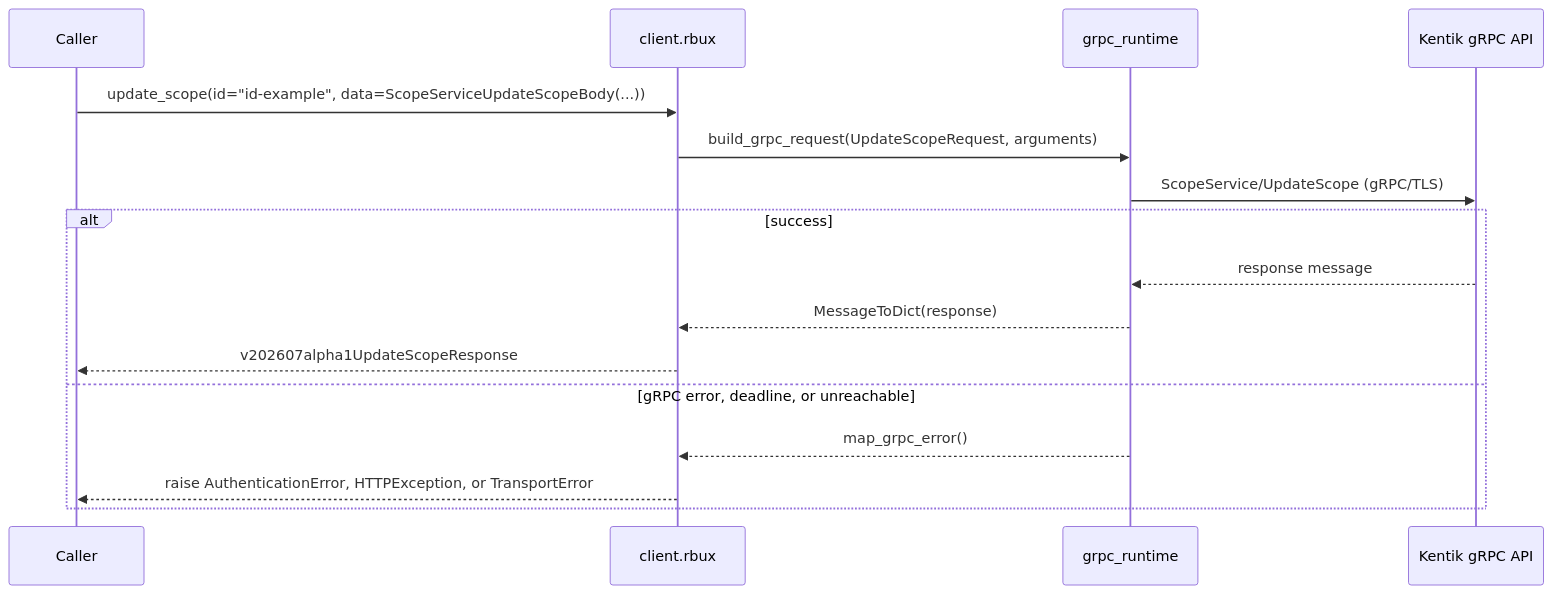
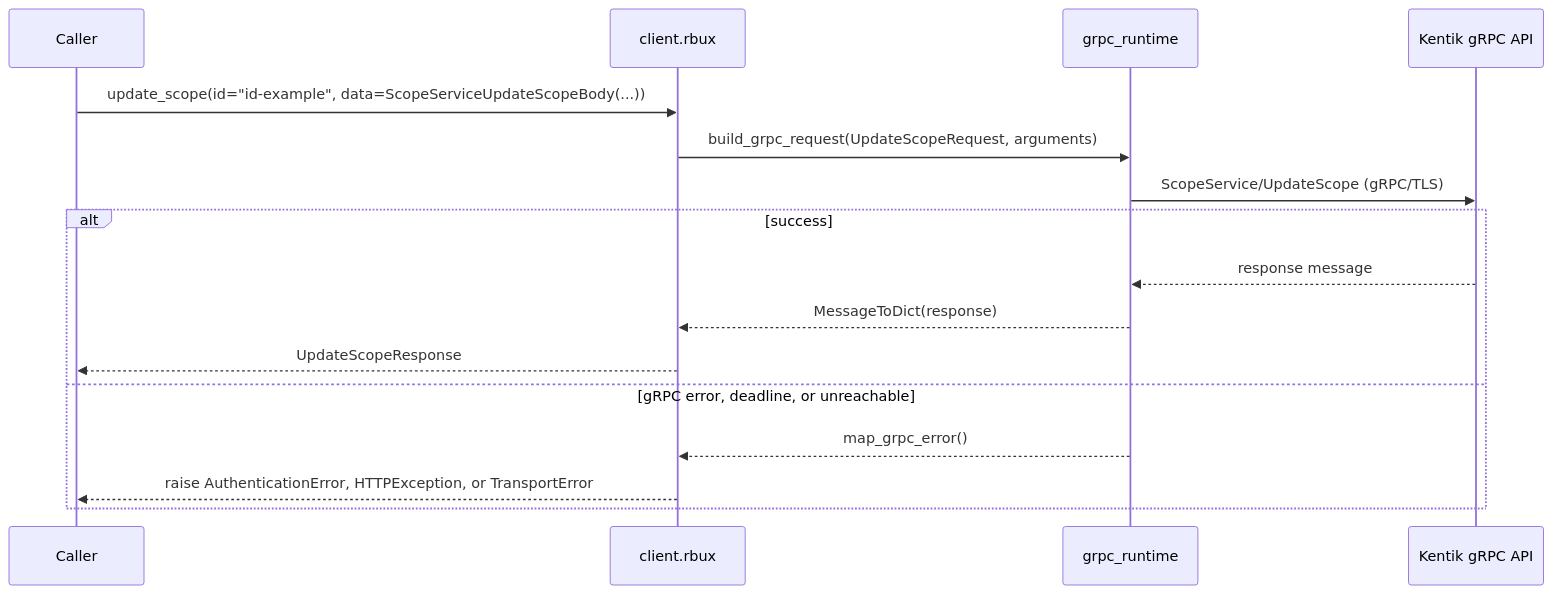
The ninth of 12 diagrams in docs/sphinx/services/rbux.md (alexdearaujo/community_sdk_python), drawn with Mermaid before and after one commit. The commit also changed other lines of this file and 38 other files, not shown here.

````diff
--- a/docs/sphinx/services/rbux.md
+++ b/docs/sphinx/services/rbux.md
@@ -279,19 +279,19 @@
 ```mermaid
 sequenceDiagram
     participant C as Caller
     participant W as client.rbux
     participant R as grpc_runtime
     participant API as Kentik gRPC API
 
     C->>W: update_scope(id="id-example", data=ScopeServiceUpdateScopeBody(...))
     W->>R: build_grpc_request(UpdateScopeRequest, arguments)
     R->>API: ScopeService/UpdateScope (gRPC/TLS)
     alt success
         API-->>R: response message
         R-->>W: MessageToDict(response)
-        W-->>C: v202607alpha1UpdateScopeResponse
+        W-->>C: UpdateScopeResponse
     else gRPC error, deadline, or unreachable
         R-->>W: map_grpc_error()
         W-->>C: raise AuthenticationError, HTTPException, or TransportError
     end
 ```
````
